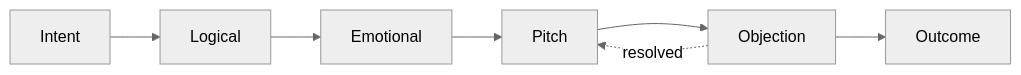
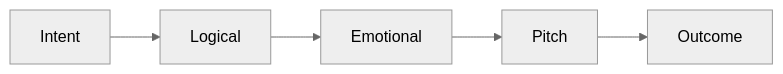
Before and after one commit to shaf-aston/FYP-sales-training-tool: the diagram in README.md, drawn with Mermaid (neutral theme). The commit also changed other lines of this file and 95 other files, not shown here.

````diff
--- a/README.md
+++ b/README.md
@@ -33,5 +33,4 @@
 ```mermaid
 flowchart LR
-    I[Intent] --> L[Logical] --> E[Emotional] --> P[Pitch] --> O[Objection] --> X[Outcome]
-    O -. resolved .-> P
+    I[Intent] --> L[Logical] --> E[Emotional] --> P[Pitch] --> X[Outcome]
 ```
````
